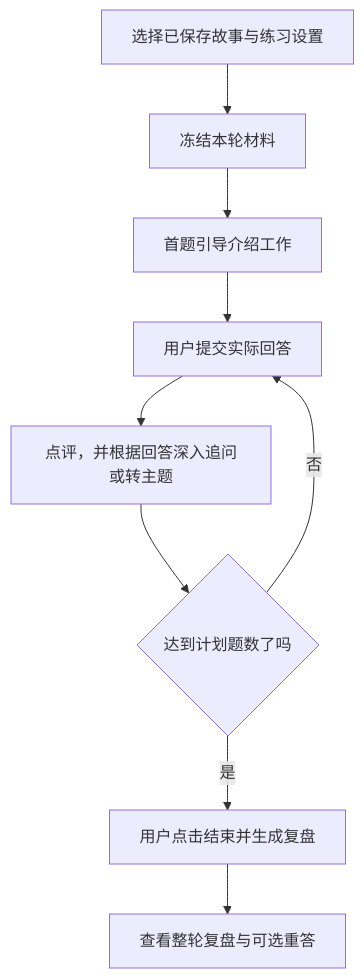
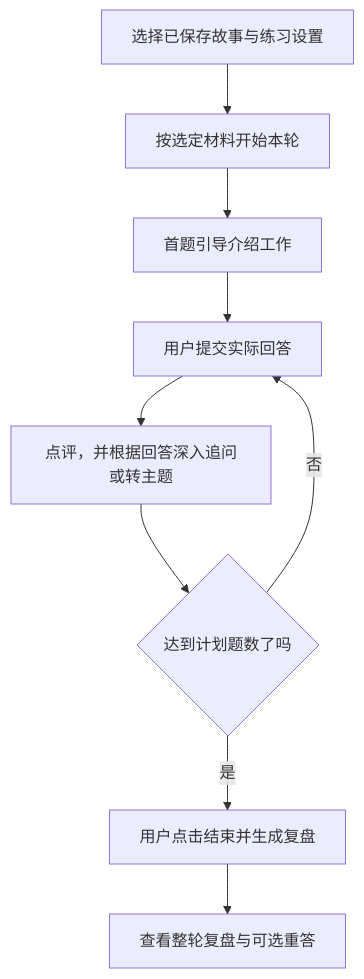
The diagram in docs/user-guide/05-interview.md (daydreamer0213/OfferGo), drawn with Mermaid before and after one commit. The commit also changed other lines of this file and 12 other files, not shown here.

````diff
--- a/docs/user-guide/05-interview.md
+++ b/docs/user-guide/05-interview.md
@@ -67,11 +63,11 @@
 ```mermaid
 flowchart TD
-  A[选择已保存故事与练习设置] --> B[冻结本轮材料]
+  A[选择已保存故事与练习设置] --> B[按选定材料开始本轮]
   B --> C[首题引导介绍工作]
   C --> D[用户提交实际回答]
   D --> E[点评，并根据回答深入追问或转主题]
   E --> F{达到计划题数了吗}
   F -- 否 --> D
   F -- 是 --> G[用户点击结束并生成复盘]
   G --> H[查看整轮复盘与可选重答]
 ```
````
